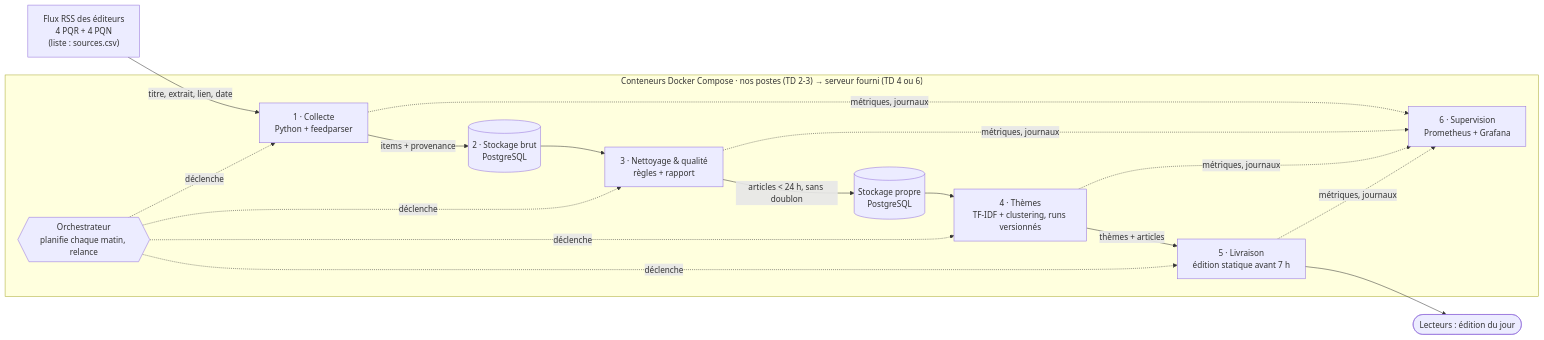
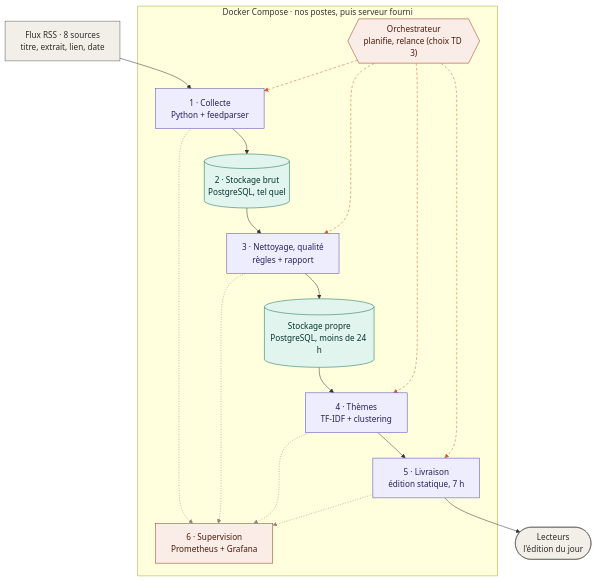
Before and after one commit to Djeb94/M2Ops: the diagram in docs/cadrage.md, drawn with Mermaid. The commit also changed other lines of this file, not shown here.

Commit message:
schéma infrastructure 2.0

````diff
--- a/docs/cadrage.md
+++ b/docs/cadrage.md
@@ -3,27 +3,32 @@
 ```mermaid
-flowchart LR
-    SRC["Flux RSS des éditeurs<br/>4 PQR + 4 PQN<br/>(liste : sources.csv)"]
+flowchart TB
+    SRC["Flux RSS · 8 sources<br/>titre, extrait, lien, date"]
 
-    subgraph RUN["Conteneurs Docker Compose · nos postes (TD 2-3) → serveur fourni (TD 4 ou 6)"]
-        ORCH{{"Orchestrateur<br/>planifie chaque matin, relance"}}
+    subgraph RUN["Docker Compose · nos postes, puis serveur fourni"]
         C["1 · Collecte<br/>Python + feedparser"]
-        B[("2 · Stockage brut<br/>PostgreSQL")]
-        N["3 · Nettoyage & qualité<br/>règles + rapport"]
-        P[("Stockage propre<br/>PostgreSQL")]
-        T["4 · Thèmes<br/>TF-IDF + clustering, runs versionnés"]
-        L["5 · Livraison<br/>édition statique avant 7 h"]
+        B[("2 · Stockage brut<br/>PostgreSQL, tel quel")]
+        N["3 · Nettoyage, qualité<br/>règles + rapport"]
+        P[("Stockage propre<br/>PostgreSQL, moins de 24 h")]
+        T["4 · Thèmes<br/>TF-IDF + clustering"]
+        L["5 · Livraison<br/>édition statique, 7 h"]
+        ORCH{{"Orchestrateur<br/>planifie, relance (choix TD 3)"}}
         S["6 · Supervision<br/>Prometheus + Grafana"]
     end
 
-    PUB(["Lecteurs : édition du jour"])
+    PUB(["Lecteurs<br/>l'édition du jour"])
 
-    SRC -->|"titre, extrait, lien, date"| C
-    C -->|"items + provenance"| B
-    B --> N
-    N -->|"articles < 24 h, sans doublon"| P
-    P --> T
-    T -->|"thèmes + articles"| L
-    L --> PUB
-    ORCH -.->|déclenche| C & N & T & L
-    C & N & T & L -.->|métriques, journaux| S
+    SRC --> C --> B --> N --> P --> T --> L --> PUB
+    ORCH -.-> C & N & T & L
+    C & N & T & L -.-> S
+
+    classDef traitement fill:#EEEDFE,stroke:#534AB7,color:#26215C
+    classDef stockage fill:#E1F5EE,stroke:#0F6E56,color:#04342C
+    classDef exploitation fill:#FAECE7,stroke:#993C1D,color:#4A1B0C
+    classDef externe fill:#F1EFE8,stroke:#5F5E5A,color:#2C2C2A
+    class C,N,T,L traitement
+    class B,P stockage
+    class ORCH,S exploitation
+    class SRC,PUB externe
+    linkStyle 7,8,9,10 stroke:#D85A30,stroke-dasharray:5 4
+    linkStyle 11,12,13,14 stroke:#888780,stroke-dasharray:2 3
 ```
````
